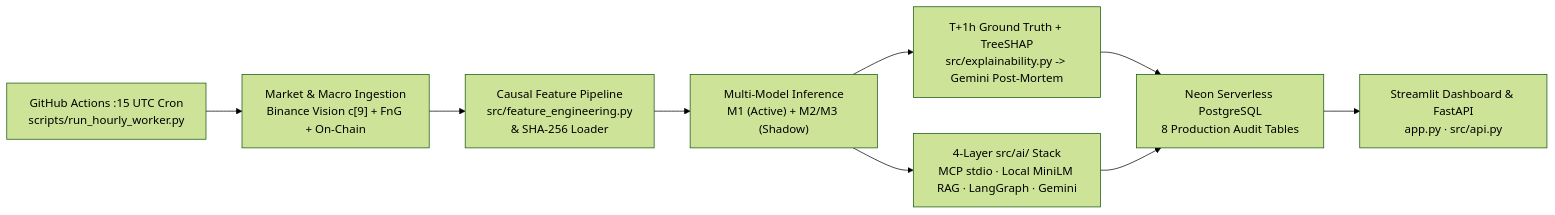
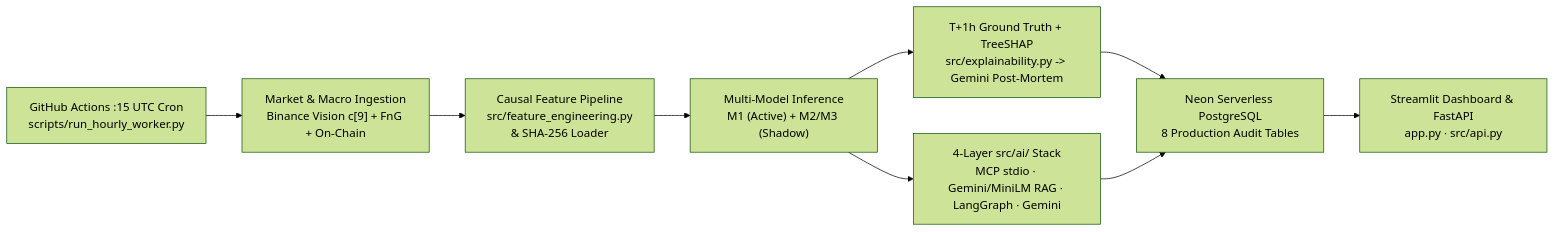
Before and after one commit to MohitSingh-2335/Mudra: the diagram in README.md, drawn with Mermaid (forest theme). The commit also changed other lines of this file, not shown here.

Commit message:
restore six empirical proof figures and document dual-collection rag recovery

````diff
--- a/README.md
+++ b/README.md
@@ -60,11 +76,11 @@
 ```mermaid
 flowchart LR
     Cron["GitHub Actions :15 UTC Cron\nscripts/run_hourly_worker.py"] --> Ingest["Market & Macro Ingestion\nBinance Vision c[9] + FnG + On-Chain"]
     Ingest --> Feat["Causal Feature Pipeline\nsrc/feature_engineering.py\n& SHA-256 Loader"]
     Feat --> Models["Multi-Model Inference\nM1 (Active) + M2/M3 (Shadow)"]
     Models --> Reconcile["T+1h Ground Truth + TreeSHAP\nsrc/explainability.py -> Gemini Post-Mortem"]
-    Models --> Council["4-Layer src/ai/ Stack\nMCP stdio · Local MiniLM RAG · LangGraph · Gemini"]
+    Models --> Council["4-Layer src/ai/ Stack\nMCP stdio · Gemini/MiniLM RAG · LangGraph · Gemini"]
     Reconcile --> DB["Neon Serverless PostgreSQL\n8 Production Audit Tables"]
     Council --> DB
     DB --> Apps["Streamlit Dashboard & FastAPI\napp.py · src/api.py"]
 ```
````
